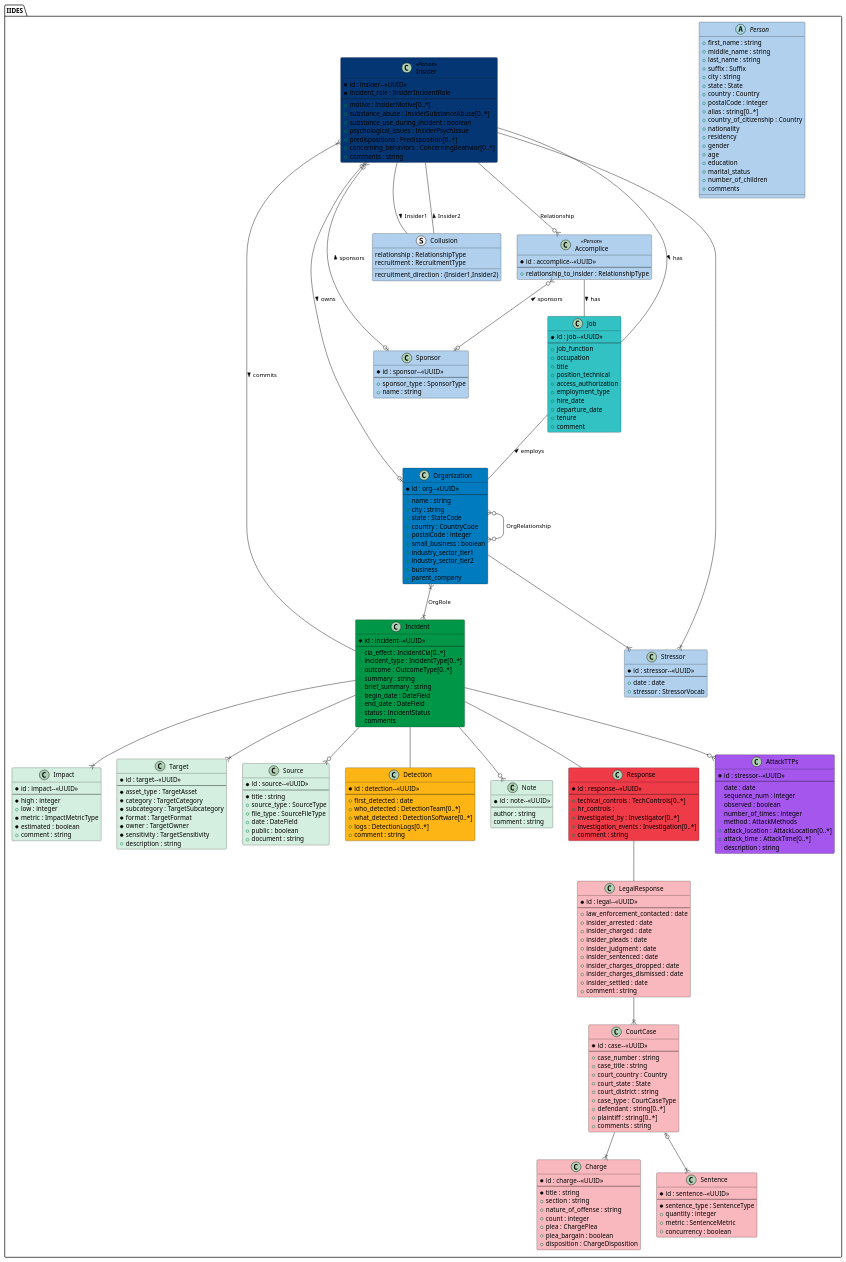
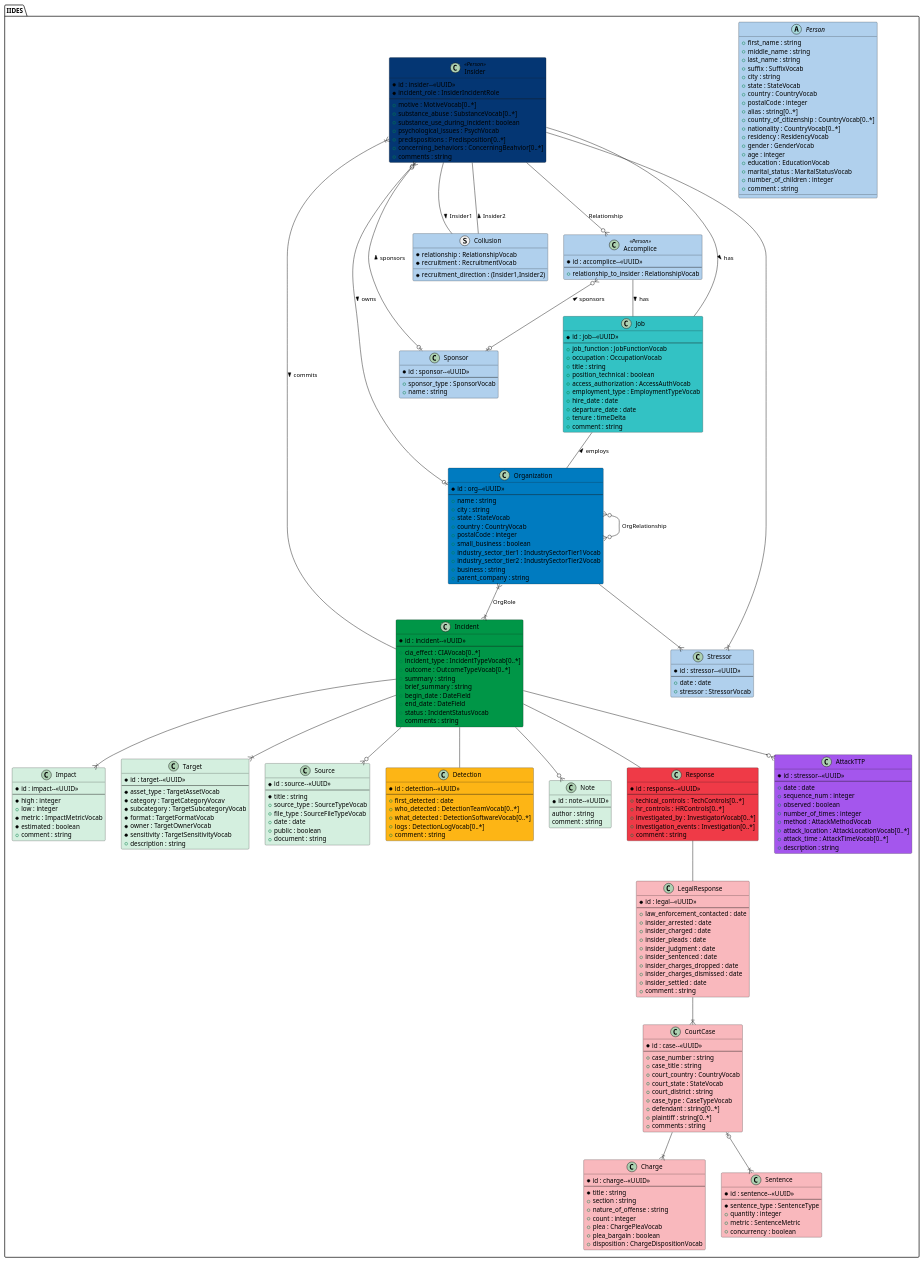
One commit to cmu-sei/iides changed the diagram in UML/source/iides.wsd. Above: the diagram before and after it, drawn with PlantUML. The commit also changed 7 other files, not shown here.

```diff
--- a/UML/source/iides.wsd
+++ b/UML/source/iides.wsd
@@ -5,31 +5,31 @@
         + first_name : string
         + middle_name : string
         + last_name : string
-        + suffix : Suffix
+        + suffix : SuffixVocab
         + city : string
-        + state : State
-        + country : Country
+        + state : StateVocab
+        + country : CountryVocab
         + postalCode : integer
         + alias : string[0..*]
-        + country_of_citizenship : Country
-        + nationality
-        + residency
-        + gender
-        + age
-        + education
-        + marital_status
-        + number_of_children
-        + comments
+        + country_of_citizenship : CountryVocab[0..*]
+        + nationality : CountryVocab[0..*]
+        + residency : ResidencyVocab
+        + gender : GenderVocab
+        + age : integer
+        + education : EducationVocab
+        + marital_status : MaritalStatusVocab
+        + number_of_children : integer
+        + comment : string
     }
 
     class Insider <<Person>> #043673 {
         * id : insider--<<UUID>>
         * incident_role : InsiderIncidentRole
         --
-        + motive : InsiderMotive[0..*]
-        + substance_abuse : InsiderSubstanceAbuse[0..*]
+        + motive : MotiveVocab[0..*]
+        + substance_abuse : SubstanceVocab[0..*]
         + substance_use_during_incident : boolean
-        + psychological_issues : InsiderPsychIssue
+        + psychological_issues : PsychVocab
         + predispositions : Predisposition[0..*]
         + concerning_behaviors : ConcerningBeahvior[0..*]
         + comments : string
@@ -38,12 +38,13 @@
     class Accomplice <<Person>> #b0d0ed {
         * id : accomplice--<<UUID>>
         --
-        + relationship_to_insider : RelationshipType
+        + relationship_to_insider : RelationshipVocab
     }
+
     struct Collusion #b0d0ed {
-        relationship : RelationshipType
-        recruitment : RecruitmentType
-        recruitment_direction : (Insider1,Insider2)
+        * relationship : RelationshipVocab
+        * recruitment : RecruitmentVocab
+        * recruitment_direction : (Insider1,Insider2)
     }
 
     class Organization #007BC0 {
@@ -51,78 +52,77 @@
         --
         + name : string
         + city : string
-        + state : StateCode
-        + country : CountryCode
+        + state : StateVocab
+        + country : CountryVocab
         + postalCode : integer
         + small_business : boolean
-        + industry_sector_tier1
-        + industry_sector_tier2
-        + business
-        + parent_company
+        + industry_sector_tier1 : IndustrySectorTier1Vocab
+        + industry_sector_tier2 : IndustrySectorTier2Vocab
+        + business : string
+        + parent_company : string
     }
 
     class Sponsor #b0d0ed {
         * id : sponsor--<<UUID>>
         --
-        + sponsor_type : SponsorType
+        + sponsor_type : SponsorVocab
         + name : string
     }
-
     class Incident #009647 {
         * id : incident--<<UUID>>
         --
-        + cia_effect : IncidentCia[0..*]
-        + incident_type : IncidentType[0..*]
-        + outcome : OutcomeType[0..*]
+        + cia_effect : CIAVocab[0..*]
+        + incident_type : IncidentTypeVocab[0..*]
+        + outcome : OutcomeTypeVocab[0..*]
         + summary : string
         + brief_summary : string
         + begin_date : DateField
         + end_date : DateField
-        + status : IncidentStatus
-        + comments
+        + status : IncidentStatusVocab
+        + comments : string
     }
 
     class Job #33c2C4 {
         * id : job--<<UUID>>
         --
-        + job_function
-        + occupation
-        + title
-        + position_technical
-        + access_authorization
-        + employment_type
-        + hire_date
-        + departure_date
-        + tenure
-        + comment
+        + job_function : JobFunctionVocab
+        + occupation : OccupationVocab
+        + title : string
+        + position_technical : boolean
+        + access_authorization : AccessAuthVocab
+        + employment_type : EmploymentTypeVocab
+        + hire_date : date
+        + departure_date : date
+        + tenure : timeDelta
+        + comment : string
     }
     class Impact #D4EFDF {
         * id : impact--<<UUID>>
         --
         * high : integer
         + low : integer
-        * metric : ImpactMetricType
+        * metric : ImpactMetricVocab
         * estimated : boolean
         + comment : string
     }
     class Target #D4EFDF {
         * id : target--<<UUID>>
         --
-        * asset_type : TargetAsset
-        * category : TargetCategory
-        * subcategory : TargetSubcategory
-        * format : TargetFormat
-        * owner : TargetOwner
-        * sensitivity : TargetSensitivity
+        * asset_type : TargetAssetVocab
+        * category : TargetCategoryVocav
+        * subcategory : TargetSubcategoryVocab
+        * format : TargetFormatVocab
+        * owner : TargetOwnerVocab
+        * sensitivity : TargetSensitivityVocab
         + description : string
     }
     class Source #D4EFDF {
         * id : source--<<UUID>>
         --
         * title : string
-        + source_type : SourceType
-        + file_type : SourceFileType
-        + date : DateField
+        + source_type : SourceTypeVocab
+        + file_type : SourceFileTypeVocab
+        + date : date
         + public : boolean
         + document : string
     }
@@ -131,10 +131,10 @@
         --
         + case_number : string
         + case_title : string
-        + court_country : Country
-        + court_state : State
+        + court_country : CountryVocab
+        + court_state : StateVocab
         + court_district : string
-        + case_type : CourtCaseType
+        + case_type : CaseTypeVocab
         + defendant : string[0..*]
         + plaintiff : string[0..*]
         + comments : string
@@ -146,9 +146,9 @@
         + section : string
         + nature_of_offense : string
         + count : integer
-        + plea : ChargePlea
+        + plea : ChargePleaVocab
         + plea_bargain : boolean
-        + disposition : ChargeDisposition
+        + disposition : ChargeDispositionVocab
     }
     class Sentence #f9b8bd {
         * id : sentence--<<UUID>>
@@ -162,9 +162,9 @@
         * id : detection--<<UUID>>
         --
         + first_detected : date
-        + who_detected : DetectionTeam[0..*]
-        + what_detected : DetectionSoftware[0..*]
-        + logs : DetectionLogs[0..*]
+        + who_detected : DetectionTeamVocab[0..*]
+        + what_detected : DetectionSoftwareVocab[0..*]
+        + logs : DetectionLogVocab[0..*]
         + comment : string
     }
     class Note #D4EFDF {
@@ -177,8 +177,8 @@
         * id : response--<<UUID>>
         --
         + techical_controls : TechControls[0..*]
-        + hr_controls : 
-        + investigated_by : Investigator[0..*]
+        + hr_controls :  HRControls[0..*]
+        + investigated_by : InvestigatorVocab[0..*]
         + investigation_events : Investigation[0..*]
         + comment : string
     }
@@ -202,17 +202,17 @@
         + date : date
         + stressor : StressorVocab
     }
-    class AttackTTPs #A456ED {
+    class AttackTTP #A456ED {
         * id : stressor--<<UUID>>
         --
-        date : date
-        sequence_num : integer
-        observed : boolean
-        number_of_times : integer
-        method : AttackMethods
-        + attack_location : AttackLocation[0..*]
-        + attack_time : AttackTime[0..*]
-        description : string
+        + date : date
+        + sequence_num : integer
+        + observed : boolean
+        + number_of_times : integer
+        + method : AttackMethodVocab
+        + attack_location : AttackLocationVocab[0..*]
+        + attack_time : AttackTimeVocab[0..*]
+        + description : string
     }
 
     Insider --o{ Accomplice : Relationship
@@ -239,6 +239,6 @@
     LegalResponse --|{ CourtCase
     Organization --|{ Stressor
     Stressor }|-- Insider
-    Incident --o{ AttackTTPs
+    Incident --o{ AttackTTP
 }
 @enduml
```
